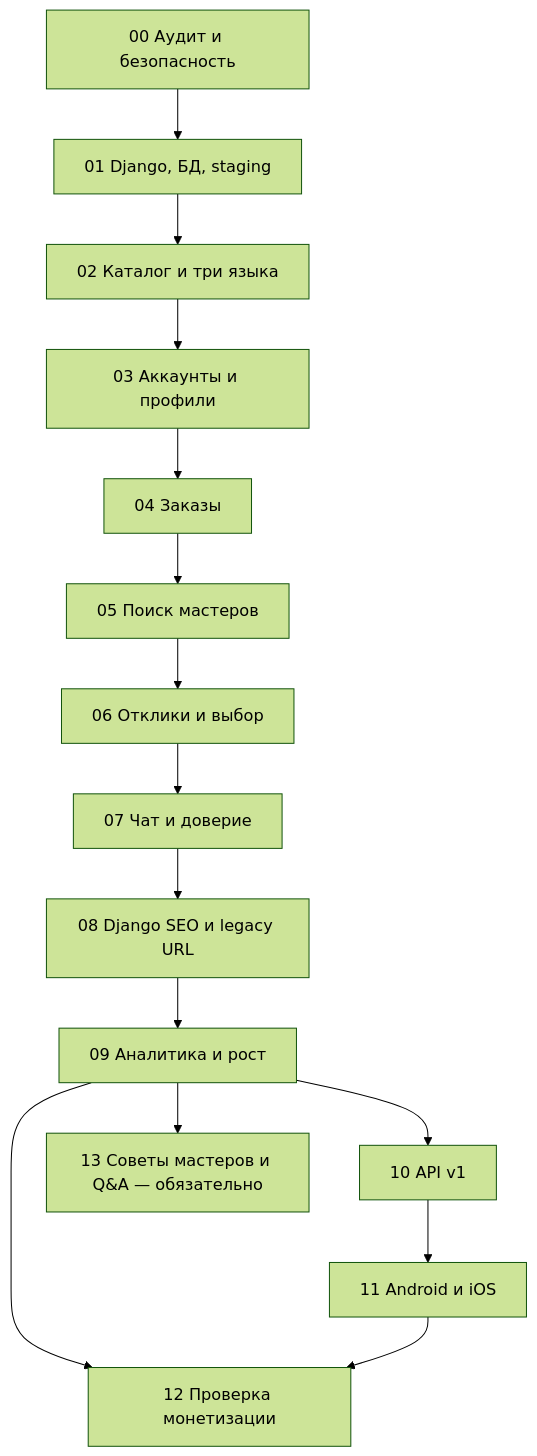
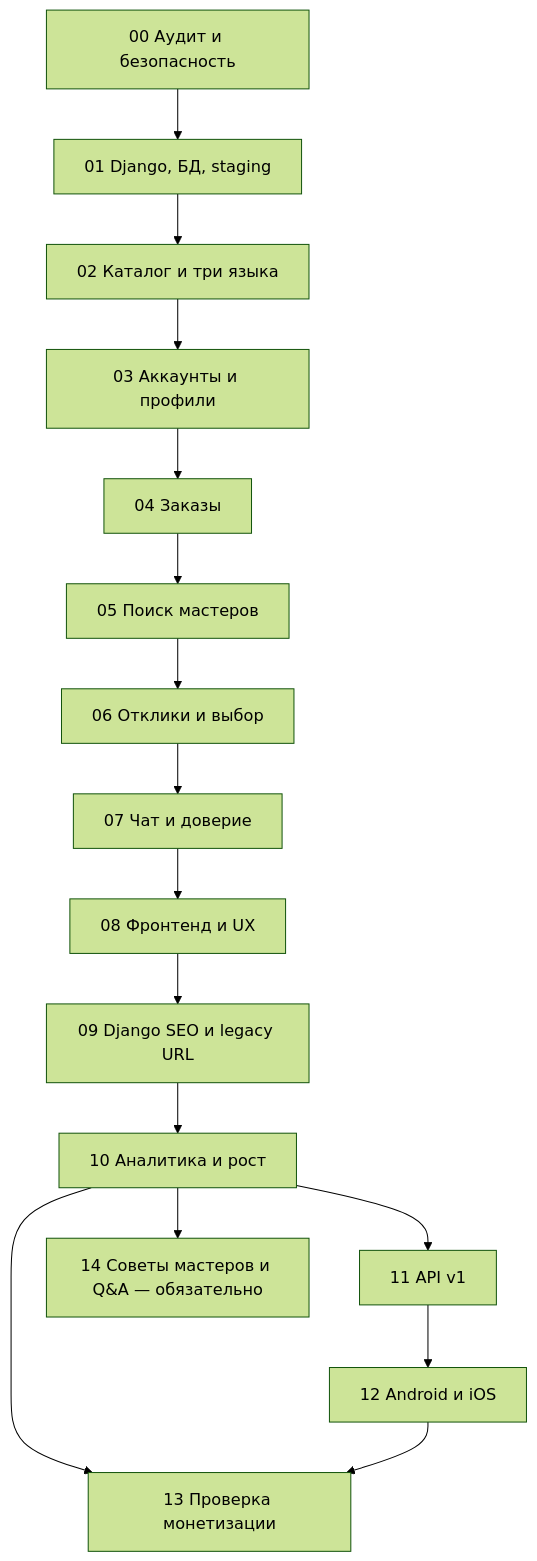
Before and after one commit to maxim9362/zemiPro_site_django: the diagram in docs/ROADMAP.md, drawn with Mermaid (forest theme). The commit also changed other lines of this file, not shown here.

Commit message:
docs(roadmap): add frontend stage 08 and shift planned stages 09–14

````diff
--- a/docs/ROADMAP.md
+++ b/docs/ROADMAP.md
@@ -76,17 +79,18 @@
 ```mermaid
 flowchart TD
     A[00 Аудит и безопасность] --> B[01 Django, БД, staging]
     B --> C[02 Каталог и три языка]
     C --> D[03 Аккаунты и профили]
     D --> E[04 Заказы]
     E --> F[05 Поиск мастеров]
     F --> G[06 Отклики и выбор]
     G --> H[07 Чат и доверие]
-    H --> I[08 Django SEO и legacy URL]
-    I --> J[09 Аналитика и рост]
-    J --> K[10 API v1]
-    K --> L[11 Android и iOS]
-    J --> M[12 Проверка монетизации]
-    J --> N[13 Советы мастеров и Q&A — обязательно]
+    H --> U[08 Фронтенд и UX]
+    U --> I[09 Django SEO и legacy URL]
+    I --> J[10 Аналитика и рост]
+    J --> K[11 API v1]
+    K --> L[12 Android и iOS]
+    J --> M[13 Проверка монетизации]
+    J --> N[14 Советы мастеров и Q&A — обязательно]
     L --> M
 ```
````
